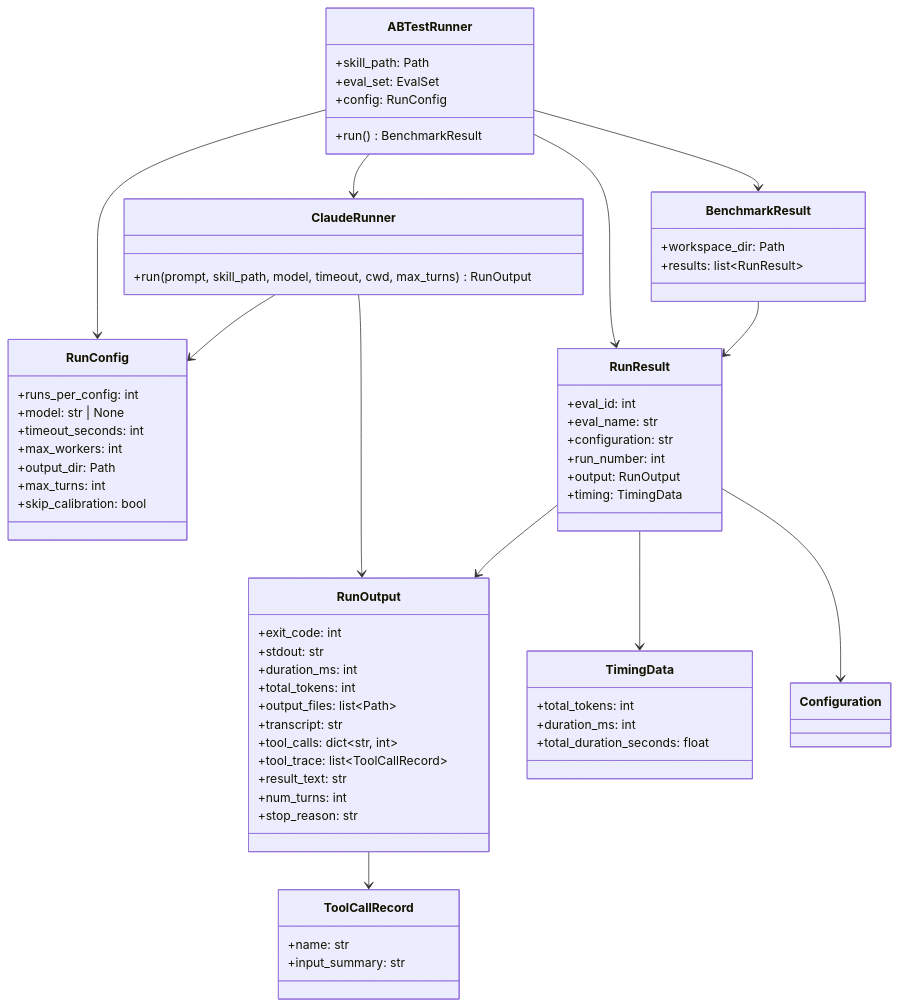
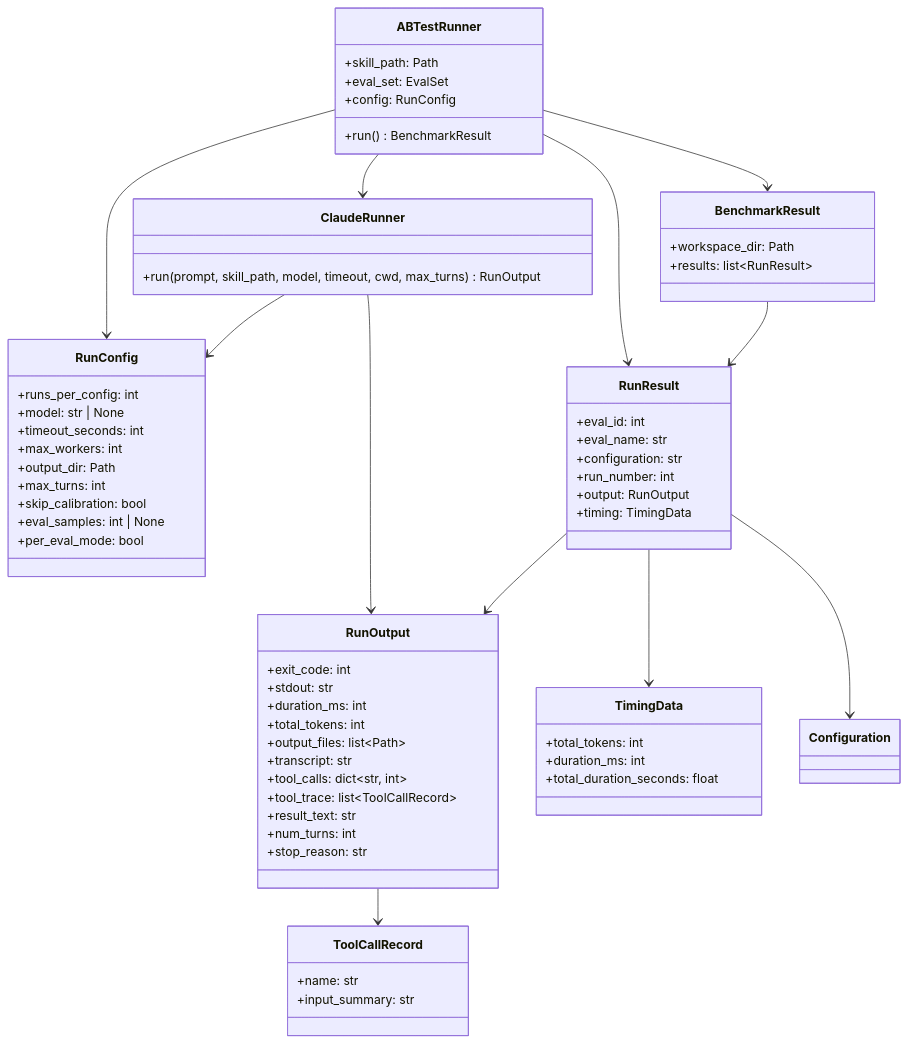
Before and after one commit to HangDu1995/sift: the sixth of 18 diagrams in docs/skill-eval-design.md, drawn with Mermaid. The commit also changed other lines of this file and 8 other files, not shown here.

First line of the commit message:
feat: per-eval 并发执行 + eval 采样控制

````diff
--- a/docs/skill-eval-design.md
+++ b/docs/skill-eval-design.md
@@ -890,74 +890,76 @@
 ```mermaid
 classDiagram
     class ABTestRunner {
         +skill_path: Path
         +eval_set: EvalSet
         +config: RunConfig
         +run() BenchmarkResult
     }
 
     class RunConfig {
         +runs_per_config: int
         +model: str | None
         +timeout_seconds: int
         +max_workers: int
         +output_dir: Path
         +max_turns: int
         +skip_calibration: bool
+        +eval_samples: int | None
+        +per_eval_mode: bool
     }
 
     class ClaudeRunner {
         +run(prompt, skill_path, model, timeout, cwd, max_turns) RunOutput
     }
 
     class ToolCallRecord {
         +name: str
         +input_summary: str
     }
 
     class RunOutput {
         +exit_code: int
         +stdout: str
         +duration_ms: int
         +total_tokens: int
         +output_files: list~Path~
         +transcript: str
         +tool_calls: dict~str, int~
         +tool_trace: list~ToolCallRecord~
         +result_text: str
         +num_turns: int
         +stop_reason: str
     }
 
     class RunResult {
         +eval_id: int
         +eval_name: str
         +configuration: str
         +run_number: int
         +output: RunOutput
         +timing: TimingData
     }
 
     class TimingData {
         +total_tokens: int
         +duration_ms: int
         +total_duration_seconds: float
     }
 
     class BenchmarkResult {
         +workspace_dir: Path
         +results: list~RunResult~
     }
 
     ABTestRunner --> RunConfig
     ABTestRunner --> ClaudeRunner
     ABTestRunner --> RunResult
     ABTestRunner --> BenchmarkResult
     ClaudeRunner --> RunOutput
     ClaudeRunner --> RunConfig
     RunOutput --> ToolCallRecord
     RunResult --> RunOutput
     RunResult --> TimingData
     RunResult --> Configuration
     BenchmarkResult --> RunResult
 ```
````
